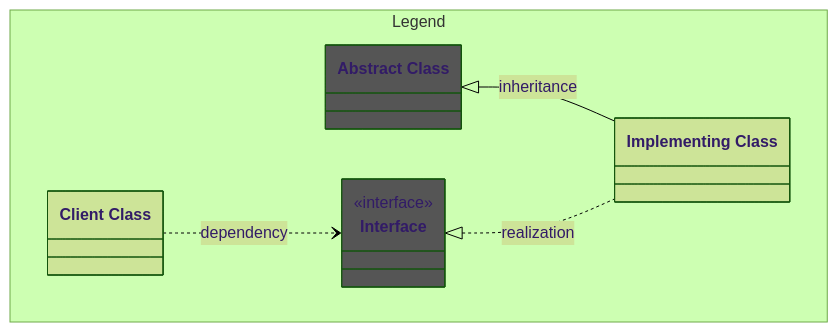
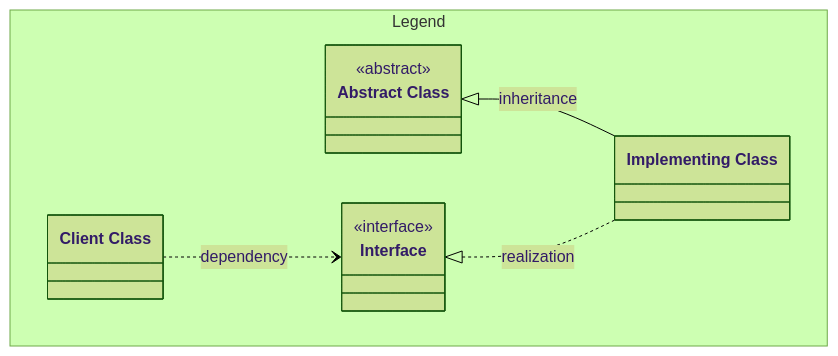
The first of 2 diagrams in docs/ProcessManager/Client and abstractions.md (Energinet-DataHub/opengeh-process-manager), drawn with Mermaid (forest theme) before and after one commit. The commit also changed other lines of this file, not shown here.

````diff
--- a/docs/ProcessManager/Client and abstractions.md
+++ b/docs/ProcessManager/Client and abstractions.md
@@ -19,32 +19,26 @@
 ```mermaid
 classDiagram
-direction TD
 
 %%
 %% Classes
 %%
 
 namespace Legend {
-    class AbstractClass["Abstract Class"]:::abstract
-    class Interface["Interface"]:::interface{
+    class AbstractClass["Abstract Class"]{
+        <<abstract>>
+    }
+    class Interface["Interface"]{
         <<interface>>
     }
     class ImplementingClass["Implementing Class"]
     class ClientClass["Client Class"]
 }
 
 %%
 %% Relations
 %%
 
 AbstractClass <|-- ImplementingClass : inheritance
 Interface <|.. ImplementingClass : realization
 ClientClass ..> Interface : dependency
-
-%%
-%% Styles
-%%
-
-classDef abstract fill:#555
-classDef interface fill:#555
 ```
````
